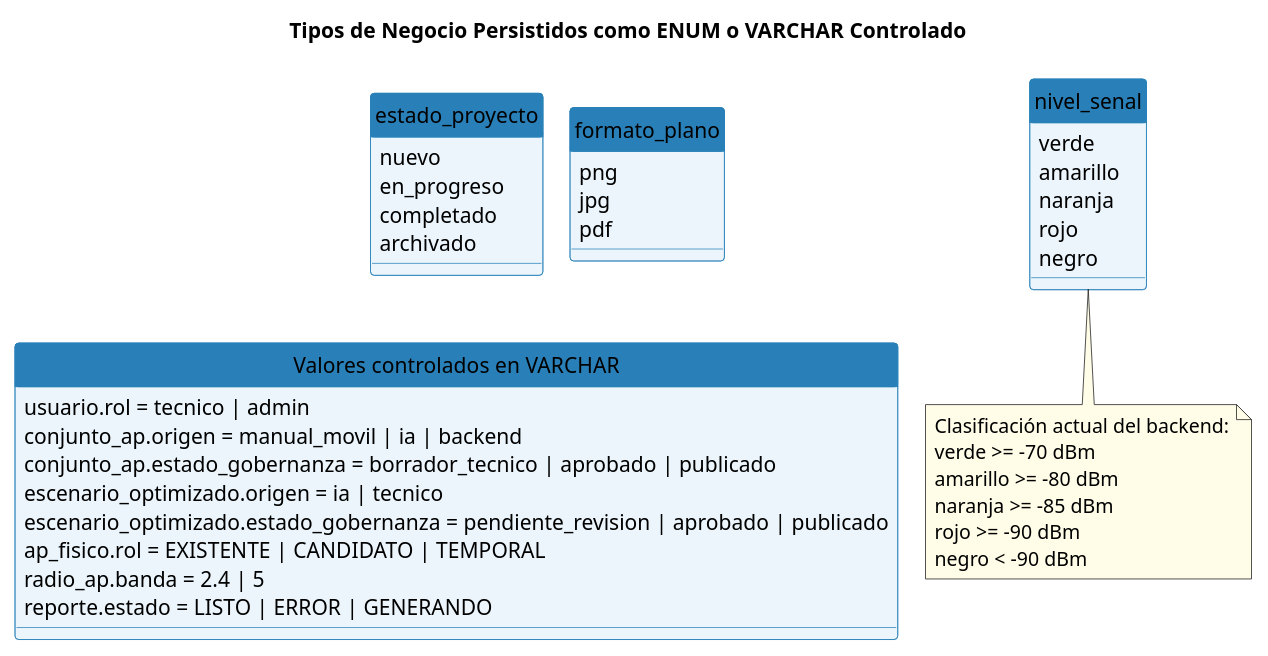
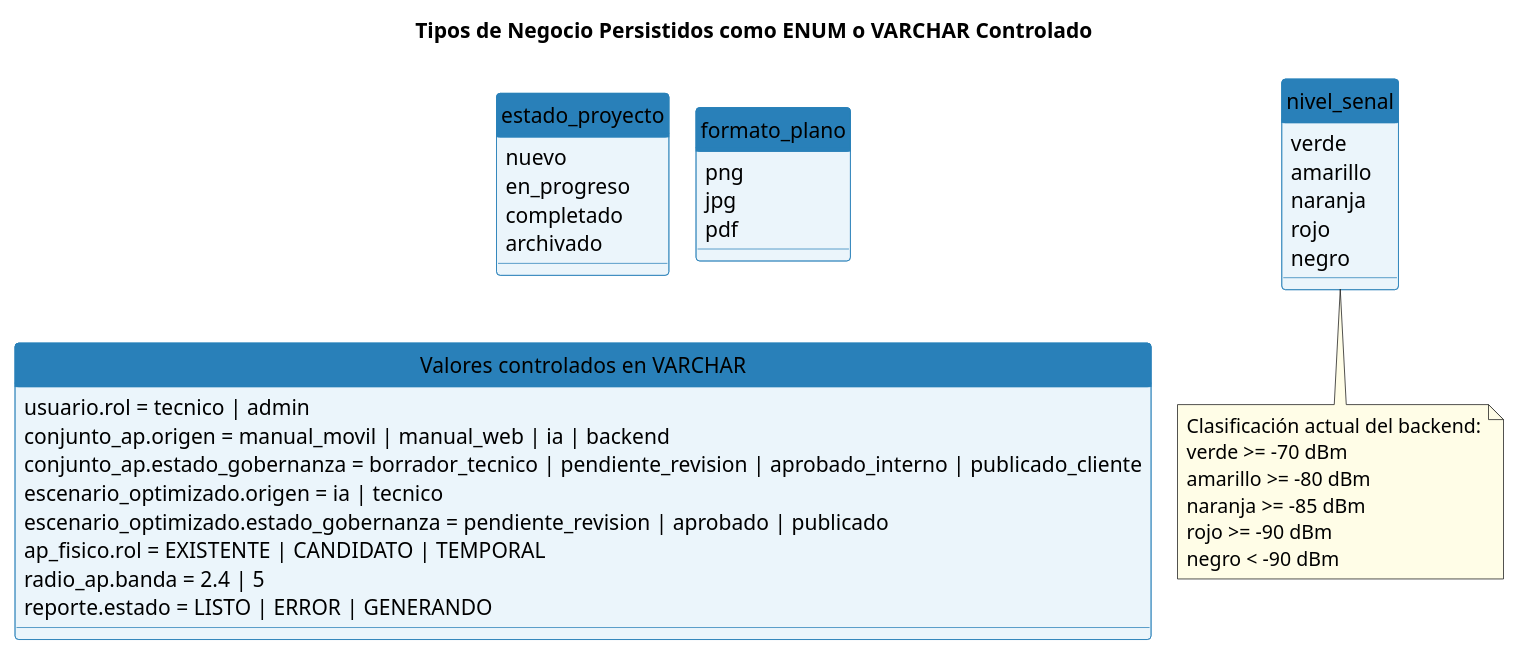
One commit to borysinho/wireless-heatmapper changed the fifth of 5 diagrams in docs/ONLINE/PLAN-IMPLEMENTACION/19-modelo-base-datos-implementado.md. Above: the diagram before and after it, drawn with PlantUML. The commit also changed other lines of this file and 10 other files, not shown here.

````diff
--- a/docs/ONLINE/PLAN-IMPLEMENTACION/19-modelo-base-datos-implementado.md
+++ b/docs/ONLINE/PLAN-IMPLEMENTACION/19-modelo-base-datos-implementado.md
@@ -626,55 +631,55 @@
 ```plantuml
 @startuml
 !pragma layout smetana
 title Tipos de Negocio Persistidos como ENUM o VARCHAR Controlado
 
 skinparam classBackgroundColor #EBF5FB
 skinparam classBorderColor #2980B9
 skinparam classHeaderBackgroundColor #2980B9
 skinparam classHeaderFontColor white
 skinparam arrowColor #2980B9
 skinparam noteBackgroundColor #FFFDE7
 hide circle
 
 enum estado_proyecto {
   nuevo
   en_progreso
   completado
   archivado
 }
 
 enum formato_plano {
   png
   jpg
   pdf
 }
 
 enum nivel_senal {
   verde
   amarillo
   naranja
   rojo
   negro
 }
 
 class "Valores controlados en VARCHAR" as CONTROLADOS {
   usuario.rol = tecnico | admin
-  conjunto_ap.origen = manual_movil | ia | backend
-  conjunto_ap.estado_gobernanza = borrador_tecnico | aprobado | publicado
+  conjunto_ap.origen = manual_movil | manual_web | ia | backend
+  conjunto_ap.estado_gobernanza = borrador_tecnico | pendiente_revision | aprobado_interno | publicado_cliente
   escenario_optimizado.origen = ia | tecnico
   escenario_optimizado.estado_gobernanza = pendiente_revision | aprobado | publicado
   ap_fisico.rol = EXISTENTE | CANDIDATO | TEMPORAL
   radio_ap.banda = 2.4 | 5
   reporte.estado = LISTO | ERROR | GENERANDO
 }
 
 note bottom of nivel_senal
   Clasificación actual del backend:
   verde >= -70 dBm
   amarillo >= -80 dBm
   naranja >= -85 dBm
   rojo >= -90 dBm
   negro < -90 dBm
 end note
 @enduml
 ```
````
